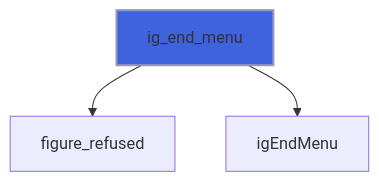
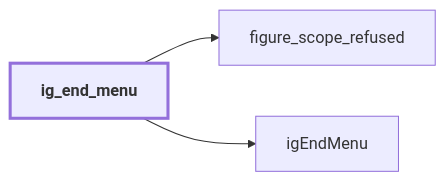
One commit to szaghi/figure changed the fourth of 16 diagrams in docs/api/src/lib/figure_menu.md. Above: the diagram before and after it, drawn with Mermaid. The commit also changed other lines of this file and 54 other files, not shown here.

````diff
--- a/docs/api/src/lib/figure_menu.md
+++ b/docs/api/src/lib/figure_menu.md
@@ -102,6 +123,9 @@
 ```mermaid
-flowchart TD
-  ig_end_menu["ig_end_menu"] --> figure_refused["figure_refused"]
+flowchart LR
+  ig_end_menu["ig_end_menu"] --> figure_scope_refused["figure_scope_refused"]
   ig_end_menu["ig_end_menu"] --> igEndMenu["igEndMenu"]
-  style ig_end_menu fill:#3e63dd,stroke:#99b,stroke-width:2px
+  classDef focus stroke-width:3px,font-weight:bold
+  class ig_end_menu focus
+  click figure_scope_refused href "figure_base.html#figure-scope-refused" "figure_scope_refused"
+  click igEndMenu href "figure_cimgui.html#igendmenu" "igEndMenu"
 ```
````
